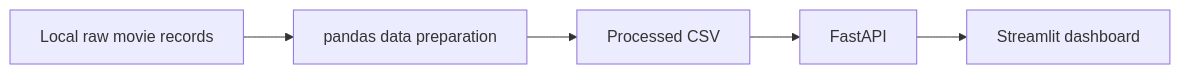
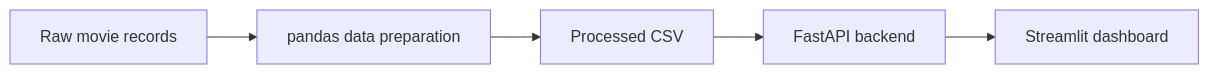
One commit to mandcoder/full-stack-movies changed the diagram in README.md. Above: the diagram before and after it, drawn with Mermaid. The commit also changed other lines of this file, not shown here.

````diff
--- a/README.md
+++ b/README.md
@@ -9,7 +11,7 @@
 ```mermaid
 flowchart LR
-    A[Local raw movie records] --> B[pandas data preparation]
+    A[Raw movie records] --> B[pandas data preparation]
     B --> C[Processed CSV]
-    C --> D[FastAPI]
+    C --> D[FastAPI backend]
     D --> E[Streamlit dashboard]
 ```
````
